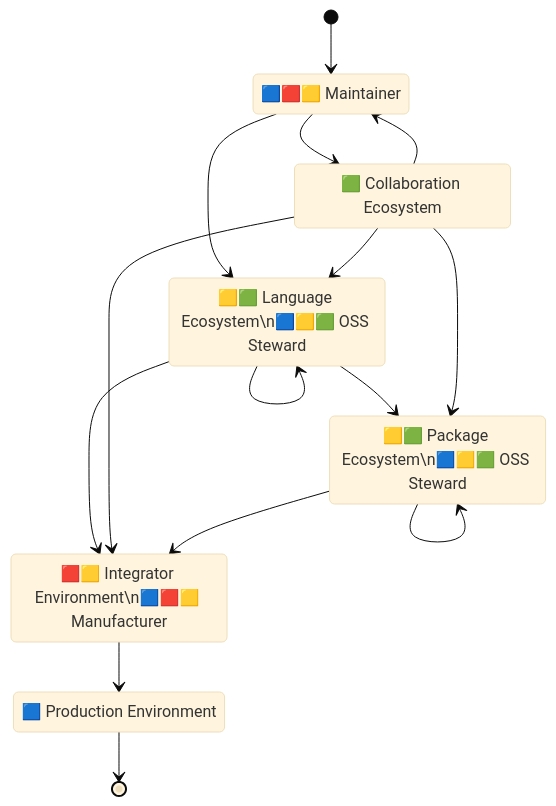
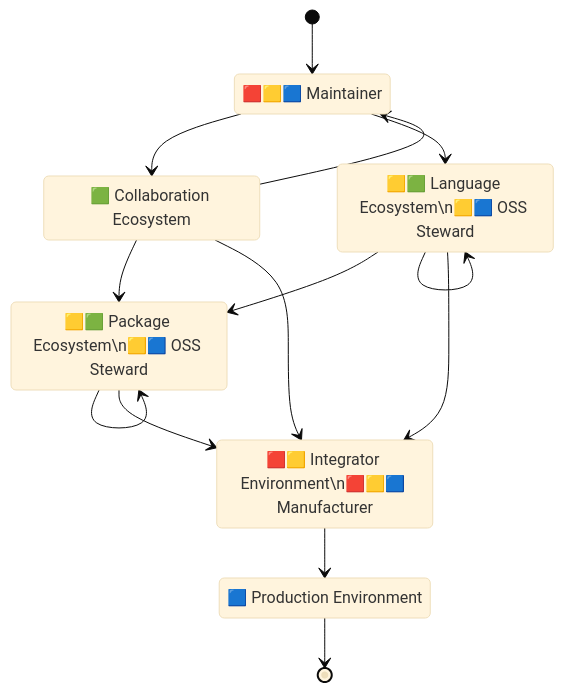
Before and after one commit to CPAN-Security/security.metacpan.org: the first of 3 diagrams in docs/supplychain-sbom.md, drawn with Mermaid (base theme). The commit also changed other lines of this file, not shown here.

First line of the commit message:
Clarify Lang/Package Ecosystem Stewards & more

````diff
--- a/docs/supplychain-sbom.md
+++ b/docs/supplychain-sbom.md
@@ -38,28 +38,27 @@
 ```mermaid
 stateDiagram-v2
     direction TB
 
-    state "🟦🟥🟨 Maintainer" as environment_maintainer
+    state "🟥🟨🟦 Maintainer" as environment_maintainer
     state "🟩 Collaboration Ecosystem" as ecosystem_repo
-    state "🟨🟩 Language Ecosystem\n🟦🟨🟩 OSS Steward" as ecosystem_lang
-    state "🟨🟩 Package Ecosystem\n🟦🟨🟩 OSS Steward" as ecosystem_package
-    state "🟥🟨 Integrator Environment\n🟦🟥🟨 Manufacturer" as environment_integrator
+    state "🟨🟩 Language Ecosystem\n🟨🟦 OSS Steward" as ecosystem_lang
+    state "🟨🟩 Package Ecosystem\n🟨🟦 OSS Steward" as ecosystem_package
+    state "🟥🟨 Integrator Environment\n🟥🟨🟦 Manufacturer" as environment_integrator
     state "🟦 Production Environment" as environment_prod
 
 
     [*] --> environment_maintainer
     environment_maintainer --> ecosystem_repo
     environment_maintainer --> ecosystem_lang
     ecosystem_repo --> environment_maintainer
     ecosystem_lang --> ecosystem_package
     ecosystem_lang --> ecosystem_lang
     ecosystem_lang --> environment_integrator
-    ecosystem_repo --> ecosystem_lang
     ecosystem_repo --> ecosystem_package
     ecosystem_repo --> environment_integrator
     ecosystem_package --> ecosystem_package
     ecosystem_package --> environment_integrator
     environment_integrator --> environment_prod
     environment_prod --> [*]
 
 ```
````
